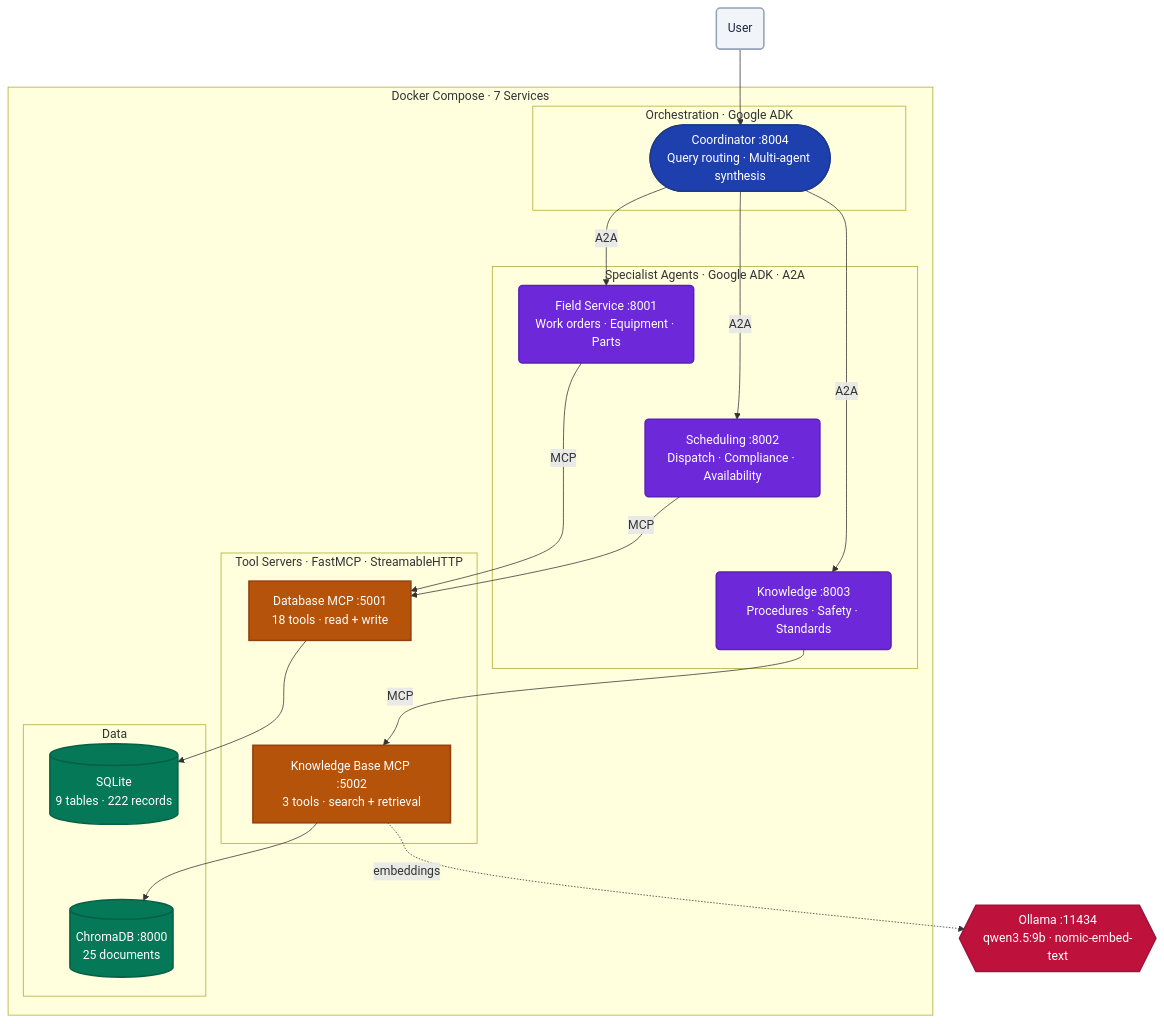
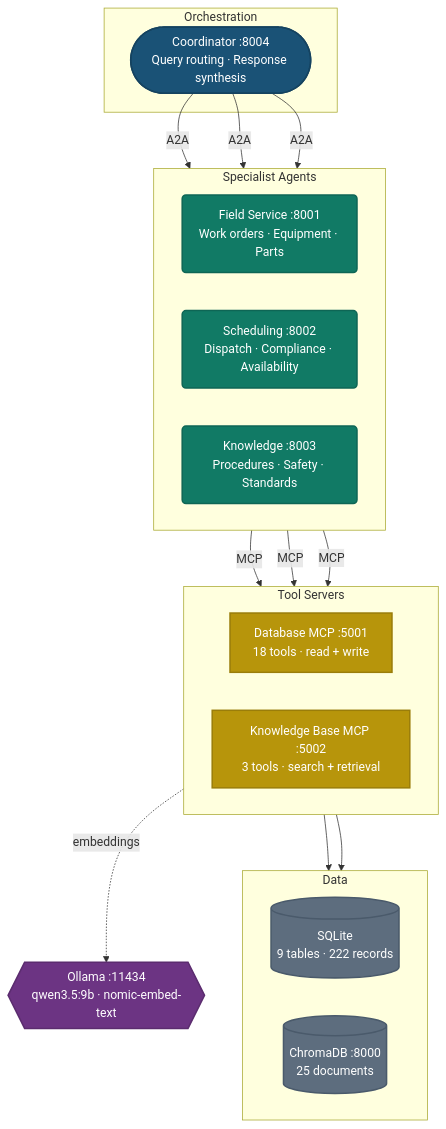
The diagram in README.md (tssarathi/microfactory), drawn with Mermaid before and after one commit.

Commit message:
docs(README): reorganize architecture diagram

````diff
--- a/README.md
+++ b/README.md
@@ -15,59 +15,51 @@
 ```mermaid
 flowchart TD
-    USER("User")
+    subgraph orchestration ["Orchestration"]
+        COORD(["Coordinator :8004<br>Query routing · Response synthesis"])
+    end
 
-    subgraph docker ["Docker Compose · 7 Services"]
-        subgraph orch ["Orchestration · Google ADK"]
-            COORD(["Coordinator :8004<br>Query routing · Multi-agent synthesis"])
-        end
+    subgraph agents ["Specialist Agents"]
+        direction LR
+        FS("Field Service :8001<br>Work orders · Equipment · Parts")
+        SCHED("Scheduling :8002<br>Dispatch · Compliance · Availability")
+        KNOW("Knowledge :8003<br>Procedures · Safety · Standards")
+    end
 
-        subgraph agents ["Specialist Agents · Google ADK · A2A"]
-            FS("Field Service :8001<br>Work orders · Equipment · Parts")
-            SCHED("Scheduling :8002<br>Dispatch · Compliance · Availability")
-            KNOW("Knowledge :8003<br>Procedures · Safety · Standards")
-        end
+    subgraph tools ["Tool Servers"]
+        direction LR
+        DB_MCP["Database MCP :5001<br>18 tools · read + write"]
+        KB_MCP["Knowledge Base MCP :5002<br>3 tools · search + retrieval"]
+    end
 
-        subgraph tools ["Tool Servers · FastMCP · StreamableHTTP"]
-            DB_MCP["Database MCP :5001<br>18 tools · read + write"]
-            KB_MCP["Knowledge Base MCP :5002<br>3 tools · search + retrieval"]
-        end
-
-        subgraph data ["Data"]
-            SQLITE[("SQLite<br>9 tables · 222 records")]
-            CHROMA[("ChromaDB :8000<br>25 documents")]
-        end
+    subgraph data ["Data"]
+        direction LR
+        SQLITE[("SQLite<br>9 tables · 222 records")]
+        CHROMA[("ChromaDB :8000<br>25 documents")]
     end
 
     OLLAMA{{"Ollama :11434<br>qwen3.5:9b · nomic-embed-text"}}
 
-    USER --> COORD
     COORD -->|"A2A"| FS
     COORD -->|"A2A"| SCHED
     COORD -->|"A2A"| KNOW
 
     FS -->|"MCP"| DB_MCP
     SCHED -->|"MCP"| DB_MCP
     KNOW -->|"MCP"| KB_MCP
 
     DB_MCP --> SQLITE
     KB_MCP --> CHROMA
     KB_MCP -. "embeddings" .-> OLLAMA
 
-    FS ~~~ SCHED ~~~ KNOW
-    DB_MCP ~~~ KB_MCP
-    SQLITE ~~~ CHROMA
+    classDef coord fill:#1a5276,stroke:#154360,color:#fff,stroke-width:2px
+    classDef agent fill:#117a65,stroke:#0e6655,color:#fff,stroke-width:2px
+    classDef tool fill:#b7950b,stroke:#9a7d0a,color:#fff,stroke-width:2px
+    classDef store fill:#5d6d7e,stroke:#4a5a6b,color:#fff,stroke-width:2px
+    classDef infra fill:#6c3483,stroke:#5b2c6f,color:#fff,stroke-width:2px
 
-    classDef user fill:#f1f5f9,stroke:#94a3b8,color:#1e293b,stroke-width:2px
-    classDef coord fill:#1e40af,stroke:#1e3a8a,color:#fff,stroke-width:2px
-    classDef agent fill:#6d28d9,stroke:#5b21b6,color:#fff,stroke-width:2px
-    classDef tool fill:#b45309,stroke:#92400e,color:#fff,stroke-width:2px
-    classDef store fill:#047857,stroke:#065f46,color:#fff,stroke-width:2px
-    classDef infra fill:#be123c,stroke:#9f1239,color:#fff,stroke-width:2px
-
-    class USER user
     class COORD coord
     class FS,SCHED,KNOW agent
     class DB_MCP,KB_MCP tool
     class SQLITE,CHROMA store
     class OLLAMA infra
 ```
````
